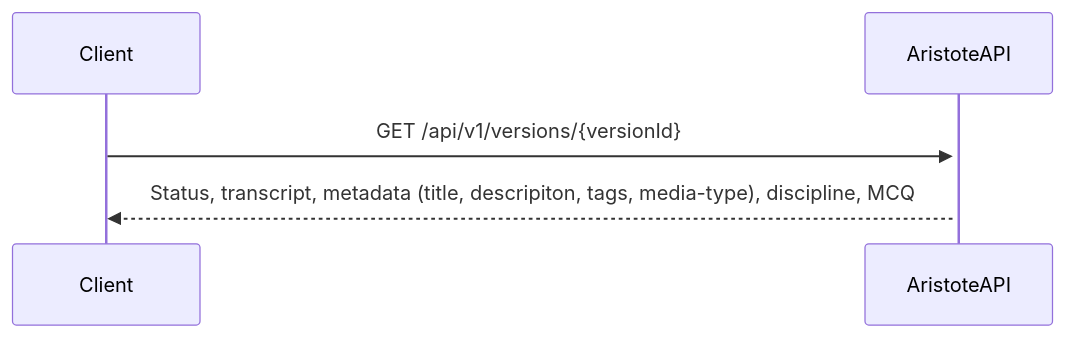
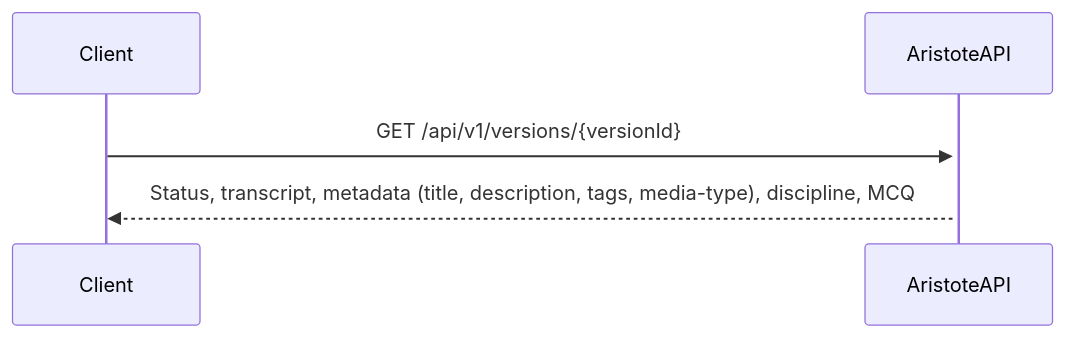
One commit to CentraleSupelec/aristote-api changed the fifth of 9 diagrams in docs/AristoteAPI_Client_guide.md. Above: the diagram before and after it, drawn with Mermaid.

Commit message:
fix typo in AristoteAPI_Client_guide.md

````diff
--- a/docs/AristoteAPI_Client_guide.md
+++ b/docs/AristoteAPI_Client_guide.md
@@ -83,7 +83,7 @@
 ```mermaid
 sequenceDiagram
    participant Client
    participant AristoteAPI
    Client->>+AristoteAPI: GET /api/v1/versions/{versionId}
-   AristoteAPI-->>Client: Status, transcript, metadata (title, descripiton, tags, media-type), discipline, MCQ
+   AristoteAPI-->>Client: Status, transcript, metadata (title, description, tags, media-type), discipline, MCQ
 ```
````
